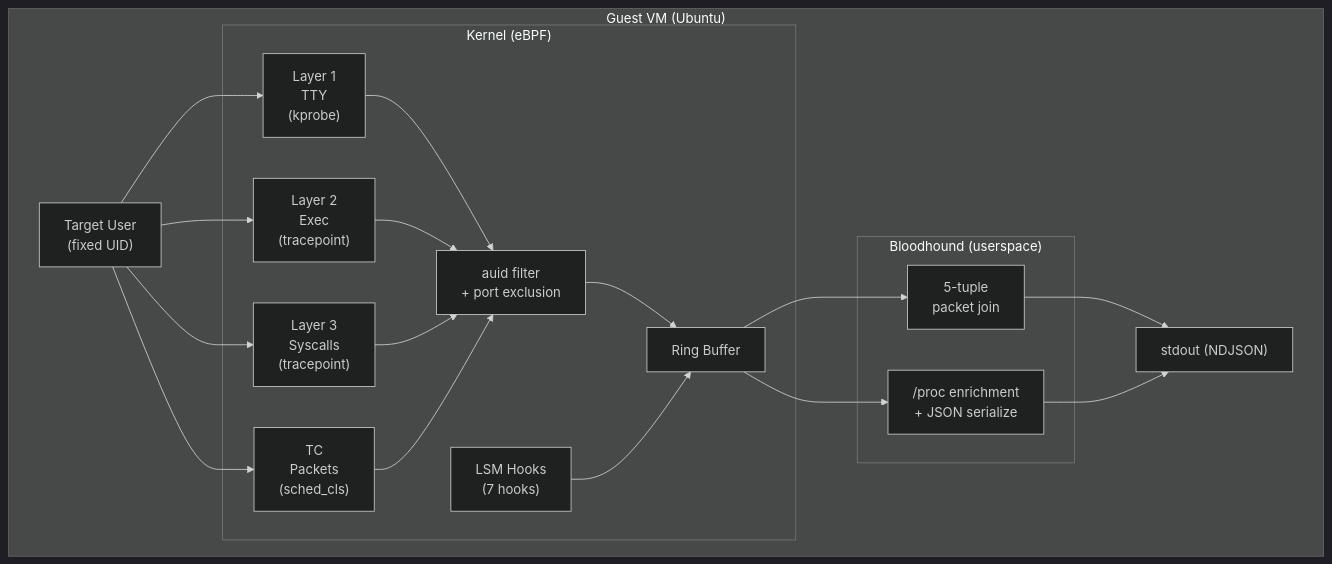
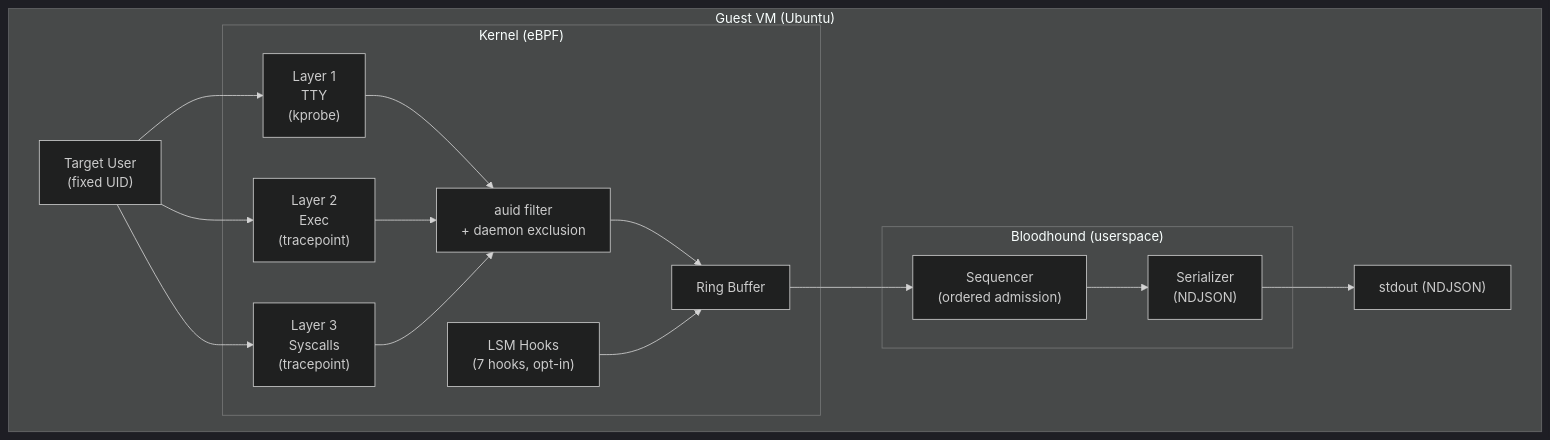
One commit to abyss0-dev/bloodhound changed the diagram in README.md. Above: the diagram before and after it, drawn with Mermaid (dark theme). The commit also changed other lines of this file and 41 other files, not shown here.

````diff
--- a/README.md
+++ b/README.md
@@ -10,30 +10,30 @@
 ```mermaid
 graph TD
     subgraph VM["Guest VM (Ubuntu)"]
         User["Target User<br/>(fixed UID)"]
 
         subgraph Kernel["Kernel (eBPF)"]
             L1["Layer 1<br/>TTY<br/>(kprobe)"]
             L2["Layer 2<br/>Exec<br/>(tracepoint)"]
             L3["Layer 3<br/>Syscalls<br/>(tracepoint)"]
-            TC["TC<br/>Packets<br/>(sched_cls)"]
-            LSM["LSM Hooks<br/>(7 hooks)"]
-            Filter["auid filter<br/>+ port exclusion"]
+            LSM["LSM Hooks<br/>(7 hooks, opt-in)"]
+            Filter["auid filter<br/>+ daemon exclusion"]
             RB["Ring Buffer"]
         end
 
         subgraph Userspace["Bloodhound (userspace)"]
-            PktJoin["5-tuple<br/>packet join"]
-            Enrich["/proc enrichment<br/>+ JSON serialize"]
+            Sequencer["Sequencer<br/>(ordered admission)"]
+            Serializer["Serializer<br/>(NDJSON)"]
         end
 
         Output["stdout (NDJSON)"]
 
-        User --> L1 & L2 & L3 & TC
-        L1 & L2 & L3 & TC --> Filter
+        User --> L1 & L2 & L3
+        L1 & L2 & L3 --> Filter
         Filter --> RB
         LSM --> RB
-        RB --> PktJoin & Enrich
-        PktJoin & Enrich --> Output
+        RB --> Sequencer
+        Sequencer --> Serializer
+        Serializer --> Output
     end
 ```
````
